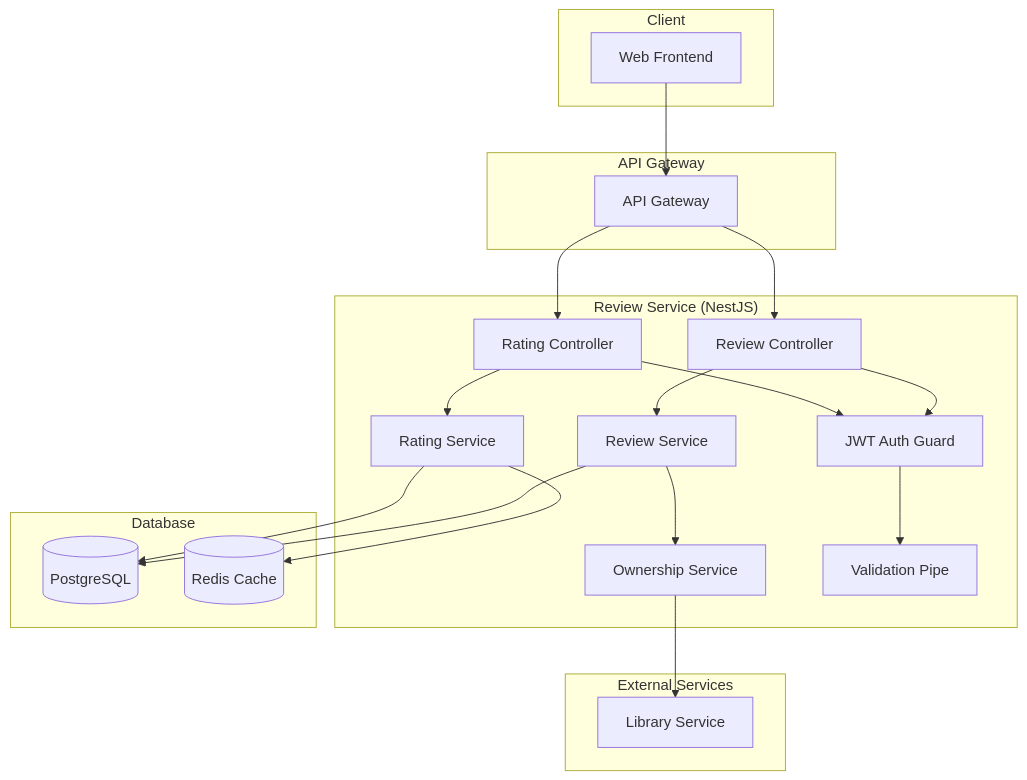
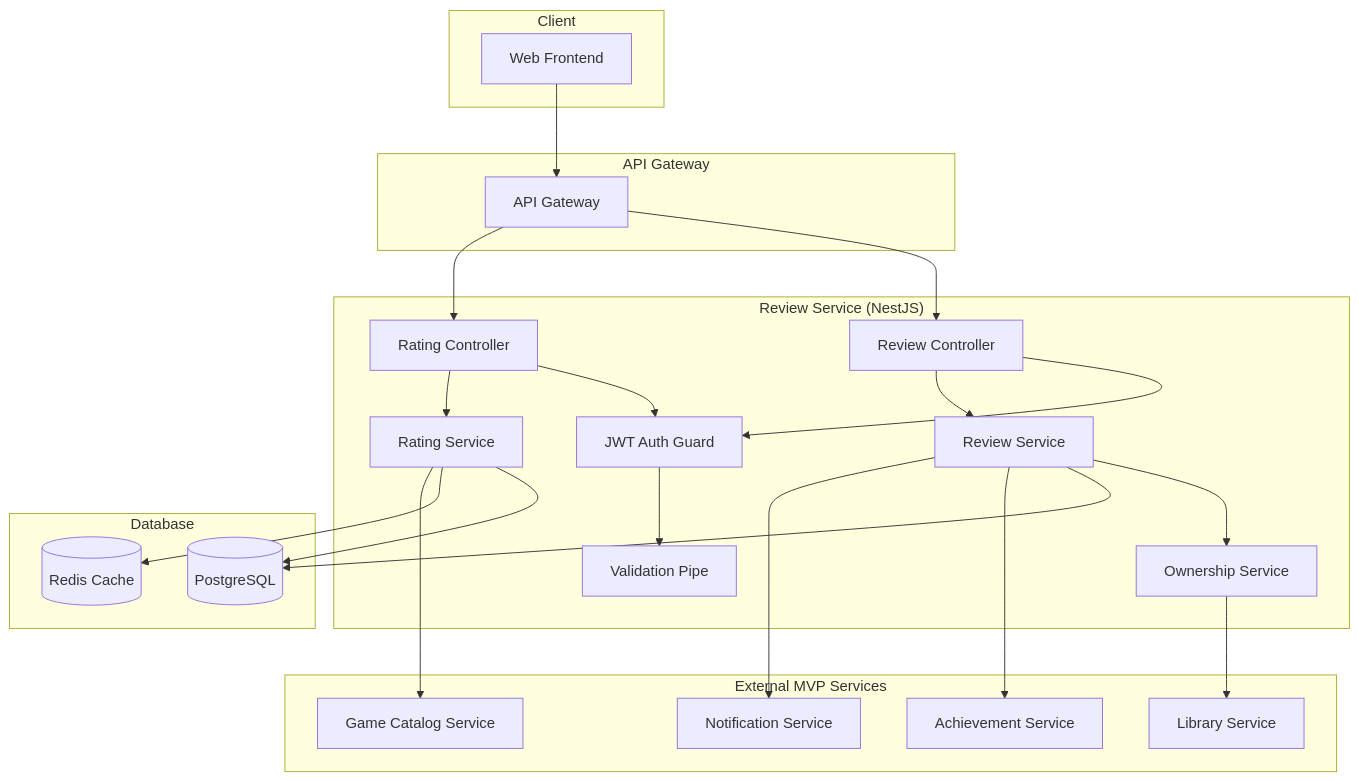
One commit to wizarding-anonymous/cryo changed the diagram in .kiro/specs/review-service/design.md. Above: the diagram before and after it, drawn with Mermaid. The commit also changed other lines of this file and 27 other files, not shown here.

````diff
--- a/.kiro/specs/review-service/design.md
+++ b/.kiro/specs/review-service/design.md
@@ -13,43 +13,49 @@
 ```mermaid
 graph TB
     subgraph "Client"
         Web[Web Frontend]
     end
     
     subgraph "API Gateway"
         Gateway[API Gateway]
     end
     
     subgraph "Review Service (NestJS)"
         ReviewController[Review Controller]
         RatingController[Rating Controller]
         ReviewService[Review Service]
         RatingService[Rating Service]
         OwnershipService[Ownership Service]
         AuthGuard[JWT Auth Guard]
         ValidationPipe[Validation Pipe]
     end
     
-    subgraph "External Services"
+    subgraph "External MVP Services"
         LibraryService[Library Service]
+        AchievementService[Achievement Service]
+        NotificationService[Notification Service]
+        GameCatalogService[Game Catalog Service]
     end
     
     subgraph "Database"
         PostgreSQL[(PostgreSQL)]
         Redis[(Redis Cache)]
     end
     
     Web --> Gateway
     Gateway --> ReviewController
     Gateway --> RatingController
     ReviewController --> AuthGuard
     RatingController --> AuthGuard
     AuthGuard --> ValidationPipe
     ReviewController --> ReviewService
     RatingController --> RatingService
     ReviewService --> OwnershipService
     OwnershipService --> LibraryService
     ReviewService --> PostgreSQL
+    ReviewService --> AchievementService
+    ReviewService --> NotificationService
     RatingService --> PostgreSQL
     RatingService --> Redis
+    RatingService --> GameCatalogService
 ```
````
